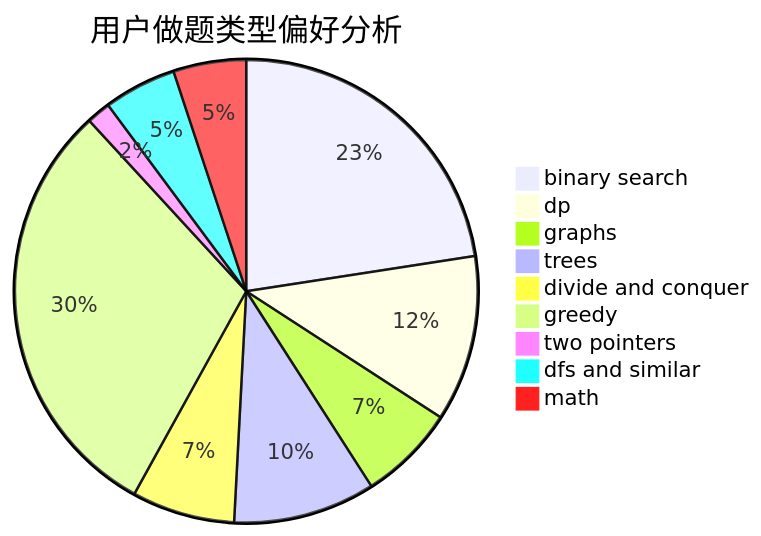
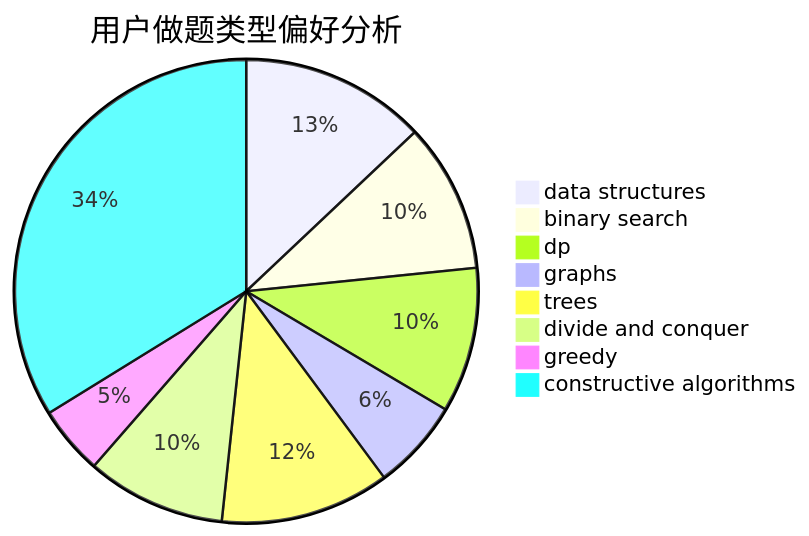
Before and after one commit to sherpahu/cfrs.github.io: the second of 3 diagrams in docs/user/u261.md, drawn with Mermaid. The commit also changed other lines of this file and 2775 other files, not shown here.

````diff
--- a/docs/user/u261.md
+++ b/docs/user/u261.md
@@ -23,12 +23,11 @@
 ```mermaid
 pie title 用户做题类型偏好分析
-    "binary search" :  364
-    "dp" :  187
-    "graphs" :  109
-    "trees" :  160
-    "divide and conquer" :  116
-    "greedy" :  486
-    "two pointers" :  27
-    "dfs and similar" :  82
-    "math" :  82
+    "data structures" :  92
+    "binary search" :  74
+    "dp" :  72
+    "graphs" :  45
+    "trees" :  84
+    "divide and conquer" :  69
+    "greedy" :  34
+    "constructive algorithms" :  240
 ```
````
